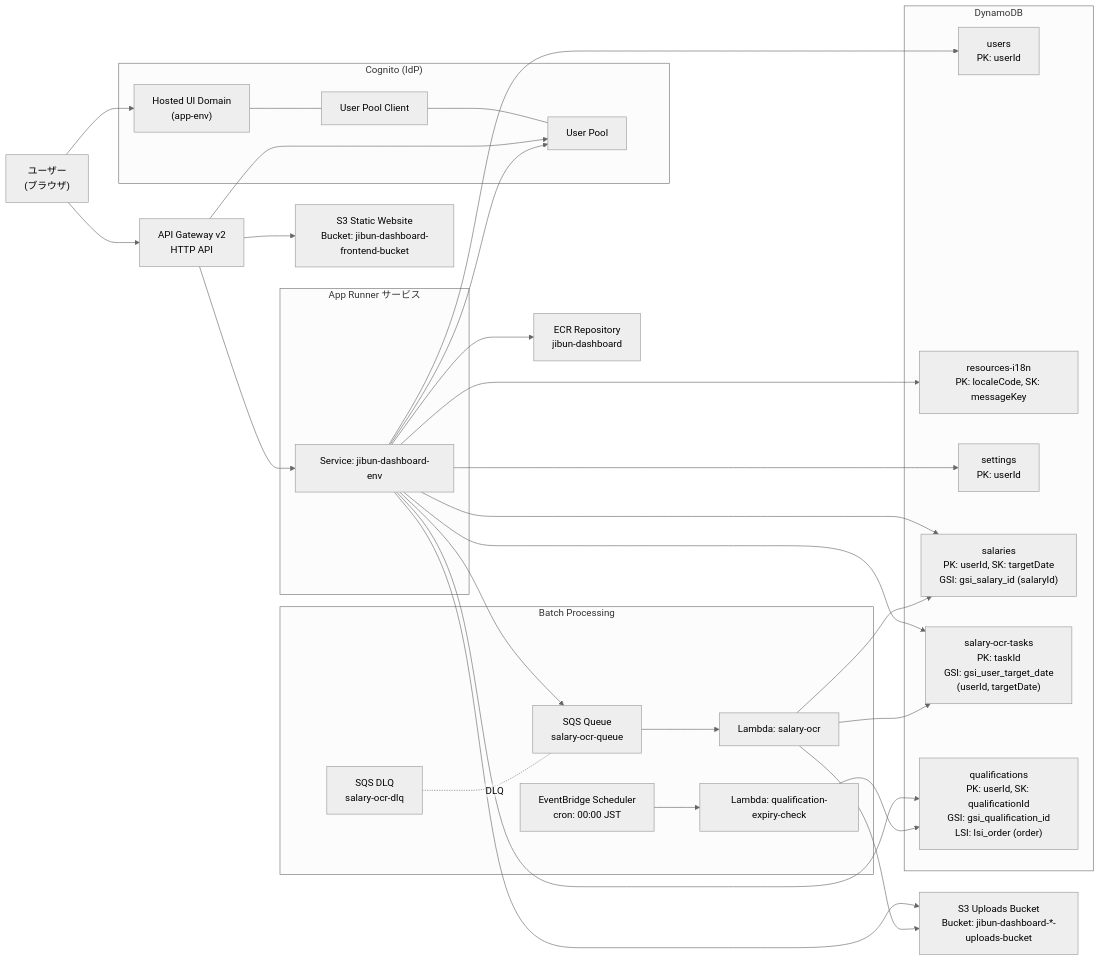
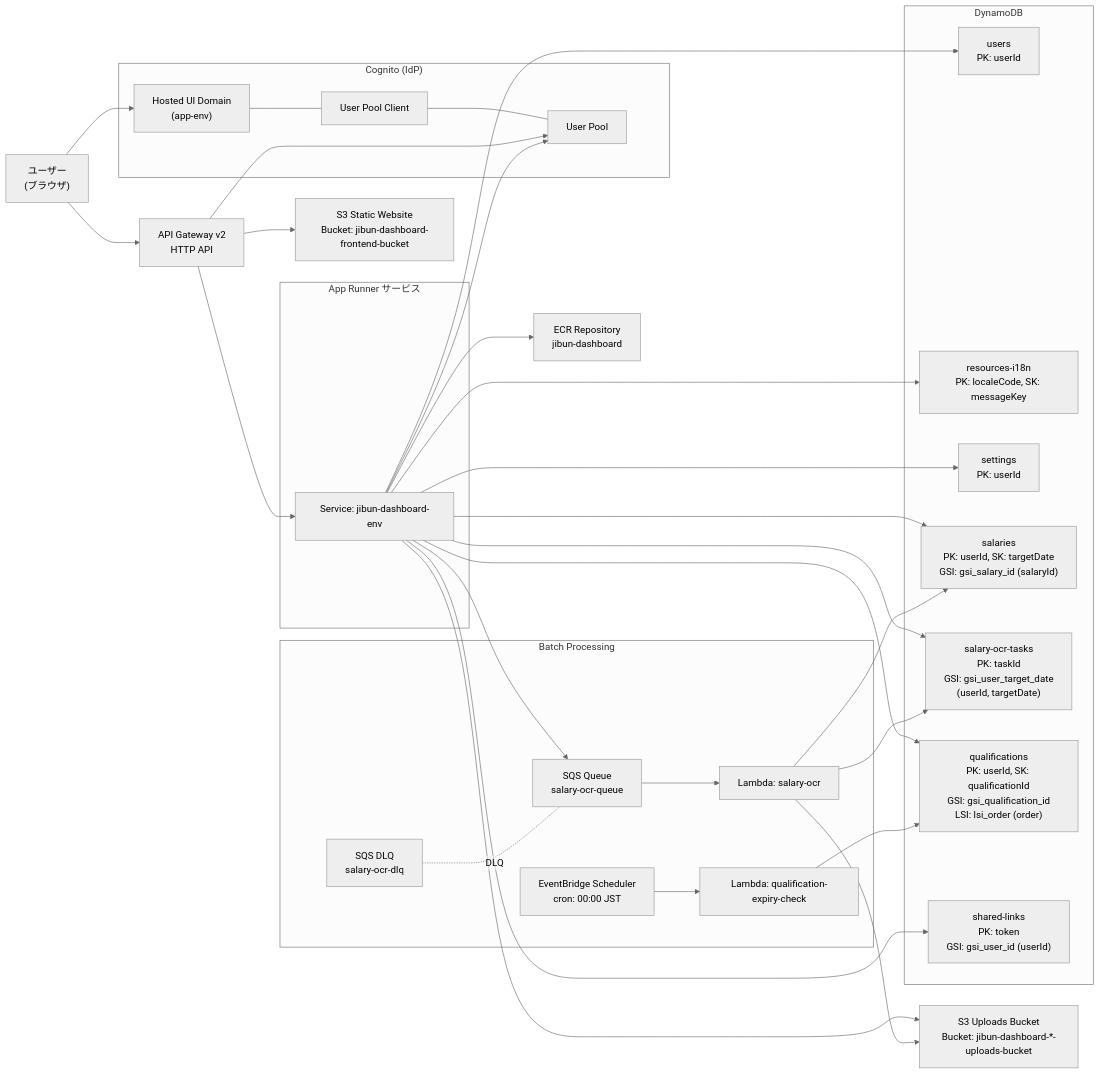
Before and after one commit to mori-akira/jibun-dashboard: the first of 3 diagrams in doc/04.infra/diagram.md, drawn with Mermaid (neutral theme). The commit also changed 2 other files, not shown here.

````diff
--- a/doc/04.infra/diagram.md
+++ b/doc/04.infra/diagram.md
@@ -3,75 +3,77 @@
 ```mermaid
 %%{init: {'flowchart': {'htmlLabels': false}} }%%
 flowchart LR
 
   U["ユーザー<br>(ブラウザ)"]
 
   AGW["API Gateway v2<br>HTTP API"]
 
   S3_FRONT["S3 Static Website<br>Bucket: jibun-dashboard-frontend-bucket"]
   S3_UP["S3 Uploads Bucket<br>Bucket: jibun-dashboard-*-uploads-bucket"]
 
   subgraph COG["Cognito (IdP)"]
     CPool["User Pool"]
     CClient["User Pool Client"]
     CDomain["Hosted UI Domain<br>(app-env)"]
   end
 
   subgraph AR["App Runner サービス"]
     ARS["Service: jibun-dashboard-env"]
   end
 
   ECR["ECR Repository<br>jibun-dashboard"]
 
   subgraph DDB["DynamoDB"]
     DUsers["users<br>PK: userId"]
     DR18n["resources-i18n<br>PK: localeCode, SK: messageKey"]
     DSettings["settings<br>PK: userId"]
     DSalaries["salaries<br>PK: userId, SK: targetDate<br>GSI: gsi_salary_id (salaryId)"]
     DOcrTasks["salary-ocr-tasks<br>PK: taskId<br>GSI: gsi_user_target_date<br>(userId, targetDate)"]
     DQual["qualifications<br>PK: userId, SK: qualificationId<br>GSI: gsi_qualification_id<br>LSI: lsi_order (order)"]
+    DSharedLinks["shared-links<br>PK: token<br>GSI: gsi_user_id (userId)"]
   end
 
   subgraph BATCH["Batch Processing"]
     Q_DLQ["SQS DLQ<br>salary-ocr-dlq"]
     Q_MAIN["SQS Queue<br>salary-ocr-queue"]
     L_SAL["Lambda: salary-ocr"]
     SCH_EXP["EventBridge Scheduler<br>cron: 00:00 JST"]
     L_EXP["Lambda: qualification-expiry-check"]
   end
 
   %% ルーティング（リンクラベル無し）
   U --> AGW
   AGW --> S3_FRONT
   AGW --> ARS
 
   %% 認証フロー（概略）
   U --> CDomain
   CDomain --- CClient
   CClient --- CPool
   AGW --> CPool
 
   %% バックエンド依存
   ARS --> ECR
   ARS --> CPool
   ARS --> DUsers
   ARS --> DR18n
   ARS --> DSettings
   ARS --> DSalaries
   ARS --> DQual
   ARS --> DOcrTasks
+  ARS --> DSharedLinks
   ARS --> S3_UP
 
   %% 給与OCRバッチフロー
   ARS --> Q_MAIN
   Q_MAIN --> L_SAL
   Q_DLQ -. DLQ .- Q_MAIN
 
   L_SAL --> S3_UP
   L_SAL --> DSalaries
   L_SAL --> DOcrTasks
 
   %% 資格期限確認バッチフロー
   SCH_EXP --> L_EXP
   L_EXP --> DQual
 ```
````
